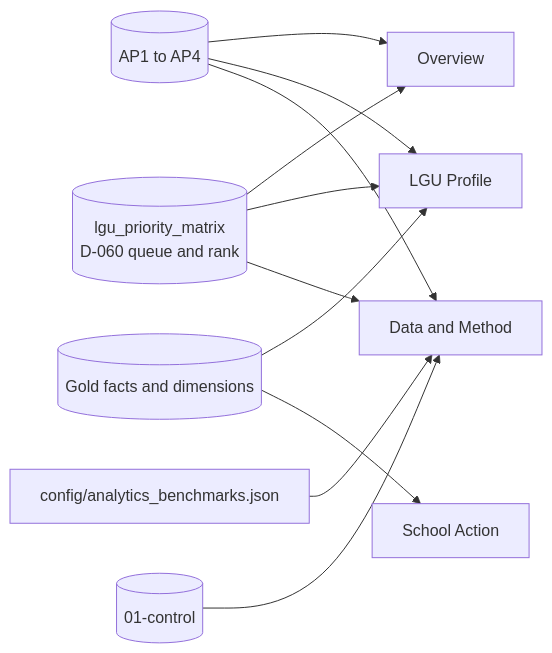
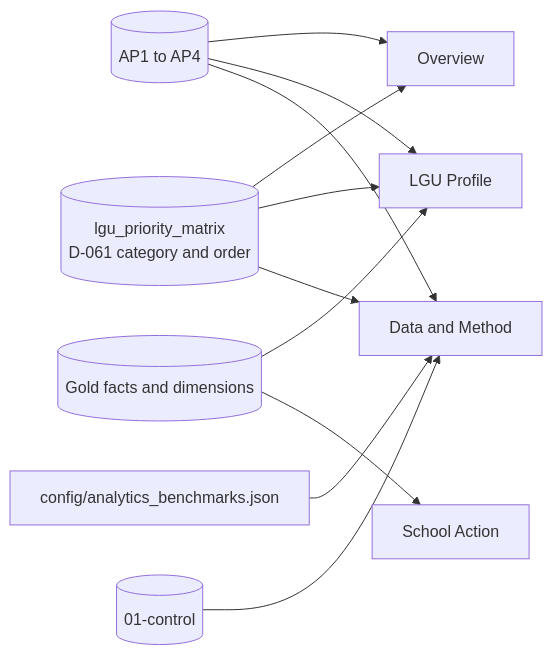
Before and after one commit to hyenalouise/edu-access-sandbox: the second of 2 diagrams in dashboards/README.md, drawn with Mermaid. The commit also changed other lines of this file and 31 other files, not shown here.

````diff
--- a/dashboards/README.md
+++ b/dashboards/README.md
@@ -87,9 +87,9 @@
 ```mermaid
 flowchart LR
-    matrix[(lgu_priority_matrix<br/>D-060 queue and rank)] --> ov[Overview]
+    matrix[(lgu_priority_matrix<br/>D-061 category and order)] --> ov[Overview]
     aps[(AP1 to AP4)] --> ov & pr[LGU Profile] & dm[Data and Method]
     matrix --> pr & dm
     gold[(Gold facts and dimensions)] --> pr & sa[School Action]
     refs[config/analytics_benchmarks.json] --> dm
     control[(01-control)] --> dm
 ```
````
